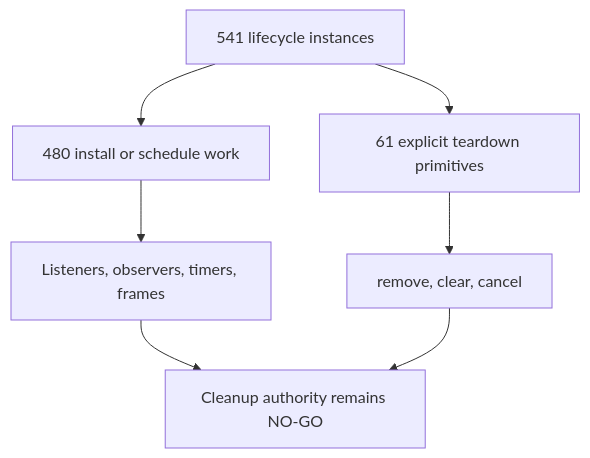
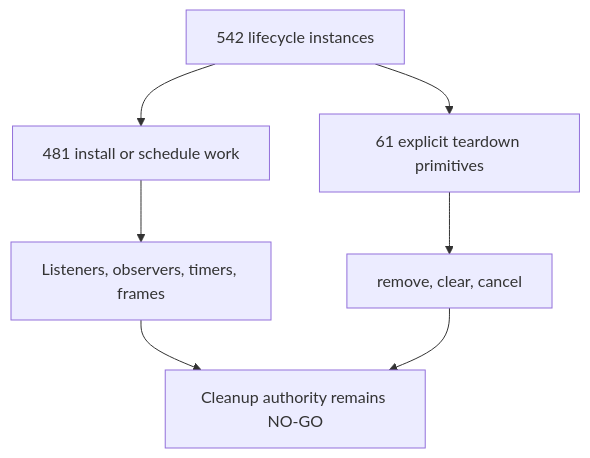
The first of 47 diagrams in docs/audit/FILTERTUBE_LIFECYCLE_INSTANCE_REGISTER_2026-05-18.md (varshneydevansh/FilterTube), drawn with Mermaid before and after one commit. The commit also changed other lines of this file and 71 other files, not shown here.

````diff
--- a/docs/audit/FILTERTUBE_LIFECYCLE_INSTANCE_REGISTER_2026-05-18.md
+++ b/docs/audit/FILTERTUBE_LIFECYCLE_INSTANCE_REGISTER_2026-05-18.md
@@ -120,9 +120,9 @@
 ```mermaid
 flowchart TD
-  A["541 lifecycle instances"] --> B["480 install or schedule work"]
+  A["542 lifecycle instances"] --> B["481 install or schedule work"]
   A --> C["61 explicit teardown primitives"]
   B --> D["Listeners, observers, timers, frames"]
   C --> E["remove, clear, cancel"]
   D --> F["Cleanup authority remains NO-GO"]
   E --> F
 ```
````
